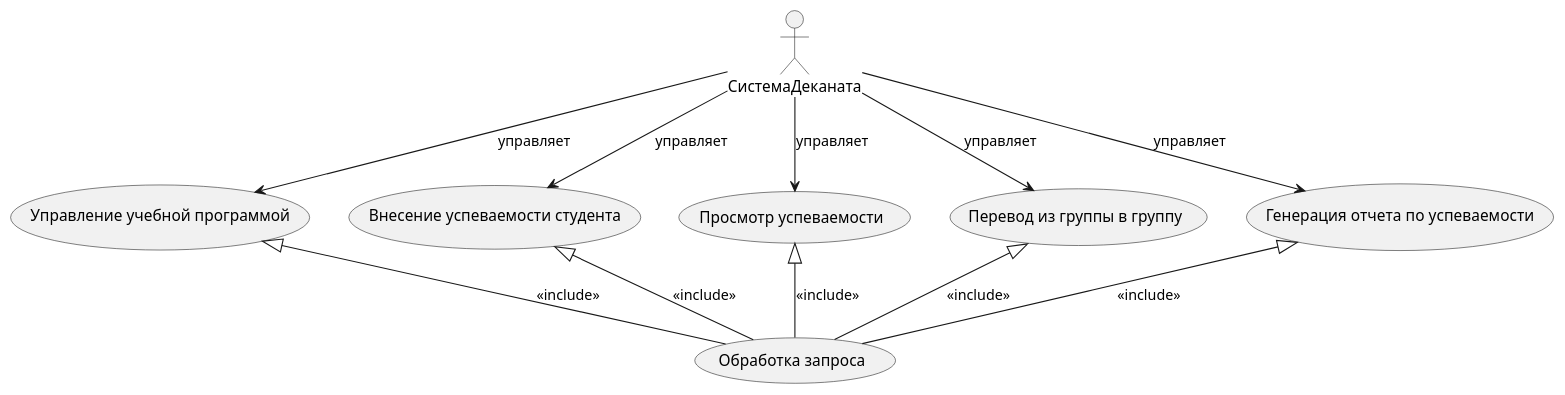
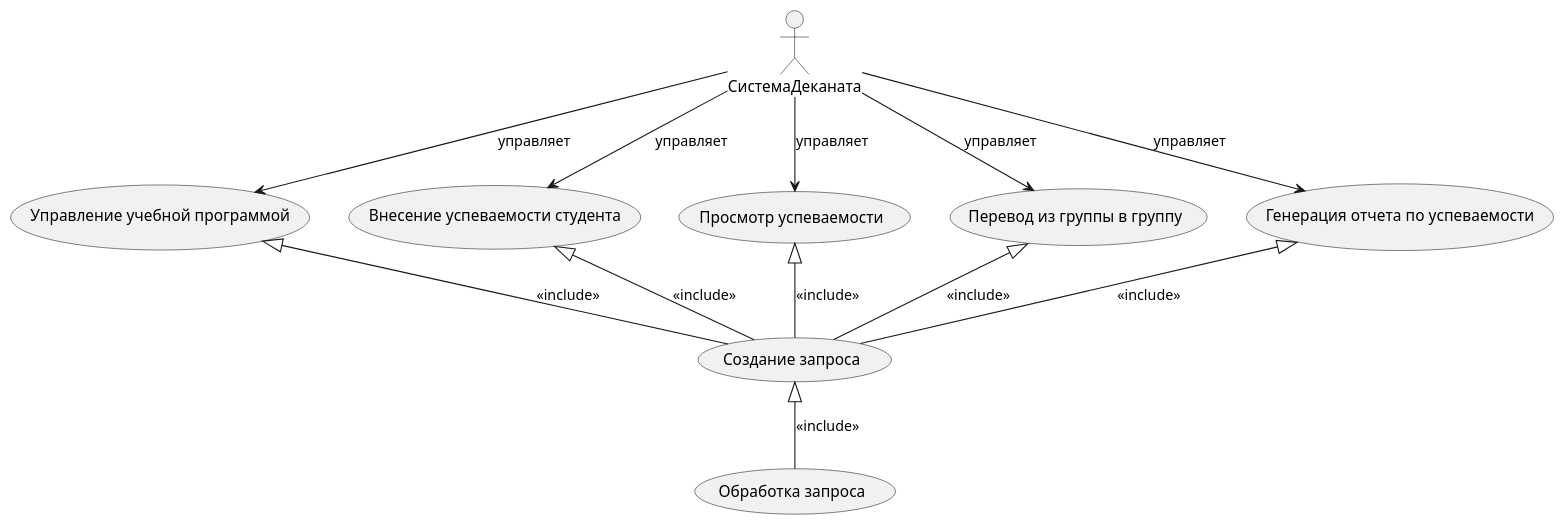
One commit to penamarth/bsbo-02-22_team4_var4 changed the diagram in Прецеденты/Диаграмма прецедентов.md. Above: the diagram before and after it, drawn with PlantUML.

Commit message:
Update Диаграмма прецедентов.md

````diff
--- a/Прецеденты/Диаграмма прецедентов.md
+++ b/Прецеденты/Диаграмма прецедентов.md
@@ -1,26 +1,30 @@
 ```plantuml
 @startuml
-
 actor СистемаДеканата as SystemDean
 
 usecase "Управление учебной программой" as UC1
 usecase "Внесение успеваемости студента" as UC2
 usecase "Просмотр успеваемости" as UC3
 usecase "Перевод из группы в группу" as UC4
 usecase "Генерация отчета по успеваемости" as UC5
 
 SystemDean --> UC1 : управляет
 SystemDean --> UC2 : управляет
 SystemDean --> UC3 : управляет
 SystemDean --> UC4 : управляет
 SystemDean --> UC5 : управляет
 
-usecase "Обработка запроса" as UC_Process
-UC1 <|-- UC_Process : <<include>>
-UC2 <|-- UC_Process : <<include>>
-UC3 <|-- UC_Process : <<include>>
-UC4 <|-- UC_Process : <<include>>
-UC5 <|-- UC_Process : <<include>>
+usecase "Создание запроса" as UC_CreateRequest
+usecase "Обработка запроса" as UC_ProcessRequest
+
+UC1 <|-- UC_CreateRequest : <<include>>
+UC2 <|-- UC_CreateRequest : <<include>>
+UC3 <|-- UC_CreateRequest : <<include>>
+UC4 <|-- UC_CreateRequest : <<include>>
+UC5 <|-- UC_CreateRequest : <<include>>
+
+UC_CreateRequest <|-- UC_ProcessRequest : <<include>>
 
 @enduml
+
 ```
````
